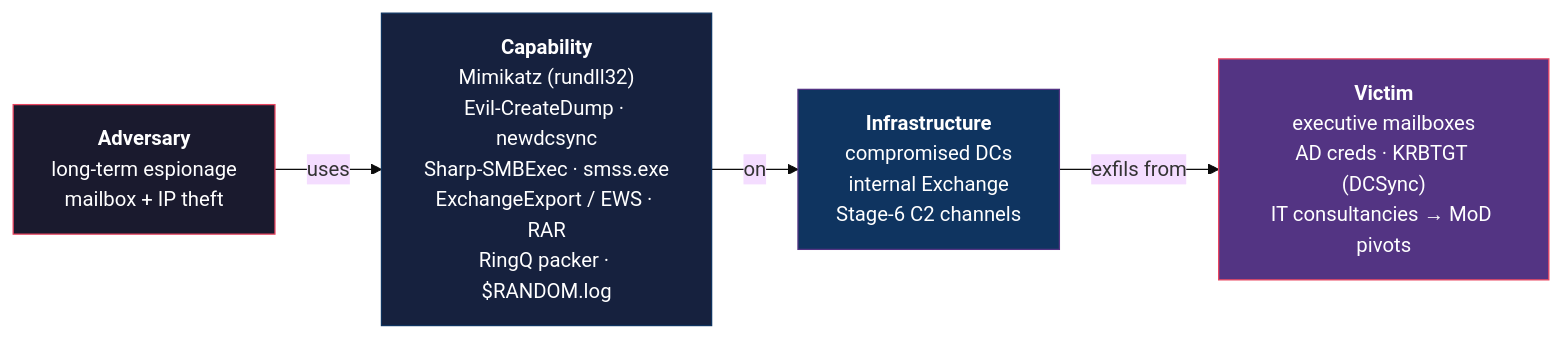
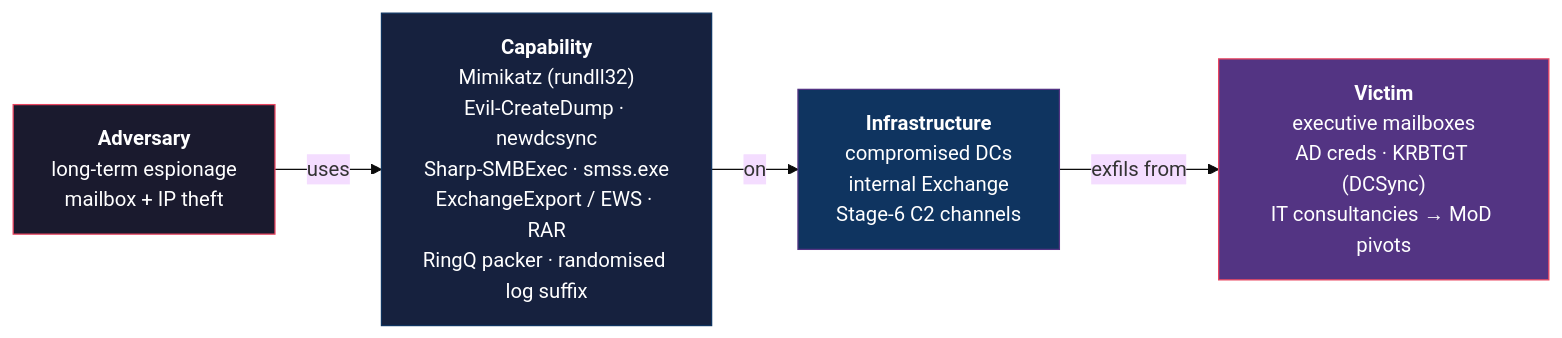
Before and after one commit to karmine05/dirtyfrag-blog: the eighth of 9 diagrams in content/posts/shadow-earth-053-fleet-detections/index.md, drawn with Mermaid (base theme). The commit also changed other lines of this file and 2 other files, not shown here.

First line of the commit message:
content(threat-intel): SE053 post v3 — threat-brief tone + SVG overflow + Mermaid fixes

```diff
--- a/content/posts/shadow-earth-053-fleet-detections/index.md
+++ b/content/posts/shadow-earth-053-fleet-detections/index.md
@@ -271,14 +258,14 @@
 {{< mermaid >}}
 graph LR
   classDef adv fill:#1a1a2e,stroke:#e94560,color:#fff
   classDef cap fill:#16213e,stroke:#0f3460,color:#fff
   classDef inf fill:#0f3460,stroke:#533483,color:#fff
   classDef vic fill:#533483,stroke:#e94560,color:#fff
-  A["<b>Adversary</b><br/>long-term espionage<br/>mailbox + IP theft"]:::adv
-  C["<b>Capability</b><br/>Mimikatz (rundll32)<br/>Evil-CreateDump · newdcsync<br/>Sharp-SMBExec · smss.exe<br/>ExchangeExport / EWS · RAR<br/>RingQ packer · $RANDOM.log"]:::cap
-  I["<b>Infrastructure</b><br/>compromised DCs<br/>internal Exchange<br/>Stage-6 C2 channels"]:::inf
-  V["<b>Victim</b><br/>executive mailboxes<br/>AD creds · KRBTGT (DCSync)<br/>IT consultancies → MoD pivots"]:::vic
+  A["<b>Adversary</b><br>long-term espionage<br>mailbox + IP theft"]:::adv
+  C["<b>Capability</b><br>Mimikatz (rundll32)<br>Evil-CreateDump · newdcsync<br>Sharp-SMBExec · smss.exe<br>ExchangeExport / EWS · RAR<br>RingQ packer · randomised log suffix"]:::cap
+  I["<b>Infrastructure</b><br>compromised DCs<br>internal Exchange<br>Stage-6 C2 channels"]:::inf
+  V["<b>Victim</b><br>executive mailboxes<br>AD creds · KRBTGT (DCSync)<br>IT consultancies → MoD pivots"]:::vic
   A -->|uses| C
   C -->|on| I
   I -->|exfils from| V
 {{< /mermaid >}}
```
